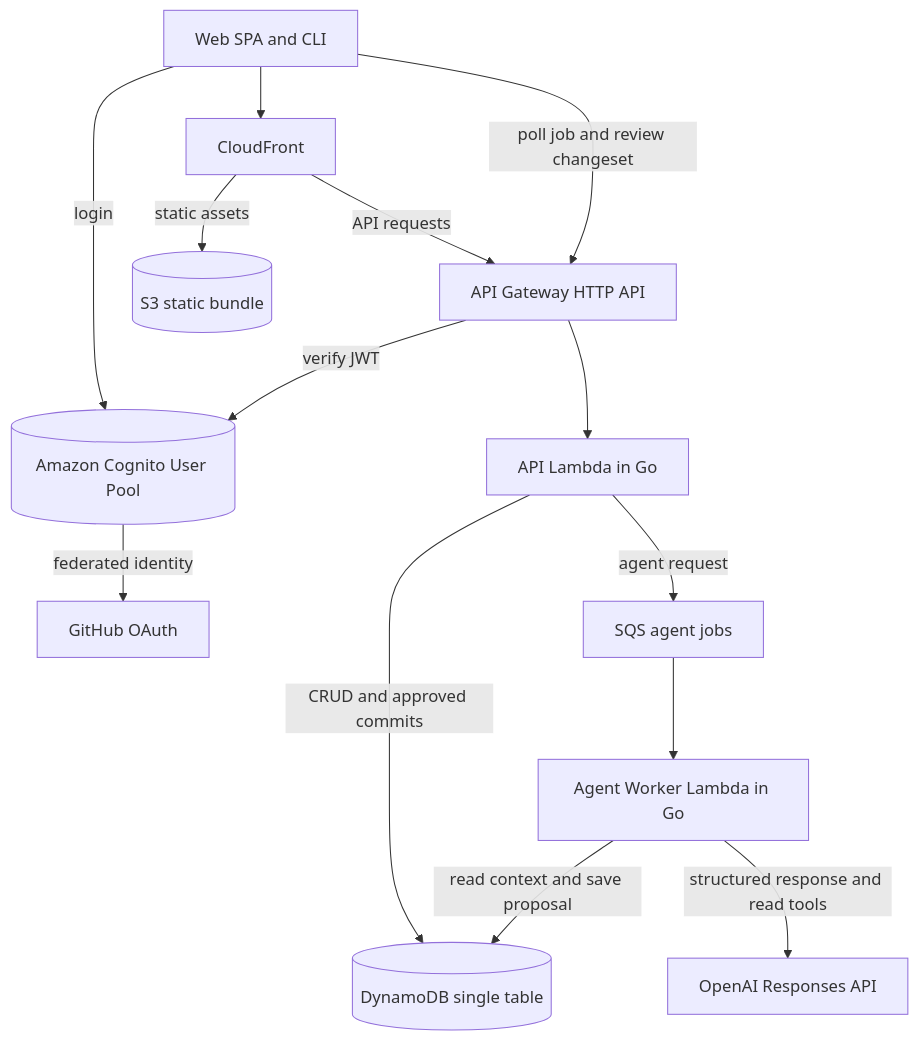
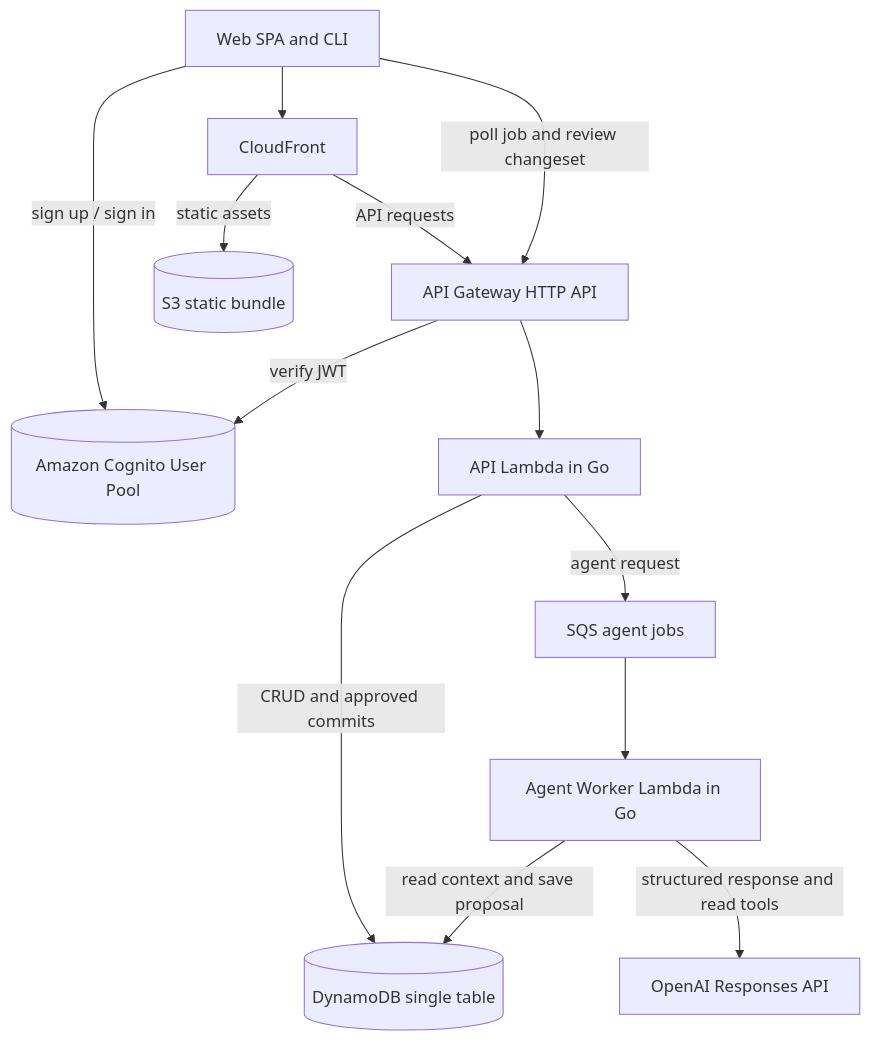
The first of 2 diagrams in architecture.md (esvarez/lucas-assist), drawn with Mermaid before and after one commit. The commit also changed other lines of this file and 2 other files, not shown here.

First line of the commit message:
docs: make Cognito the sole auth provider, GitHub an optional connected account

````diff
--- a/architecture.md
+++ b/architecture.md
@@ -15,28 +15,26 @@
 ```mermaid
 flowchart TB
     Client["Web SPA and CLI"]
     CF["CloudFront"]
     S3[("S3 static bundle")]
     APIGW["API Gateway HTTP API"]
     API["API Lambda in Go"]
     Queue["SQS agent jobs"]
     Worker["Agent Worker Lambda in Go"]
     DDB[("DynamoDB single table")]
     OAI["OpenAI Responses API"]
     Cognito[("Amazon Cognito User Pool")]
-    GitHub["GitHub OAuth"]
 
-    Client -->|"login"| Cognito
-    Cognito -->|"federated identity"| GitHub
+    Client -->|"sign up / sign in"| Cognito
     Client --> CF
     CF -->|"static assets"| S3
     CF -->|"API requests"| APIGW
     APIGW -->|"verify JWT"| Cognito
     APIGW --> API
     API -->|"CRUD and approved commits"| DDB
     API -->|"agent request"| Queue
     Queue --> Worker
     Worker -->|"read context and save proposal"| DDB
     Worker -->|"structured response and read tools"| OAI
     Client -->|"poll job and review changeset"| APIGW
 ```
````
